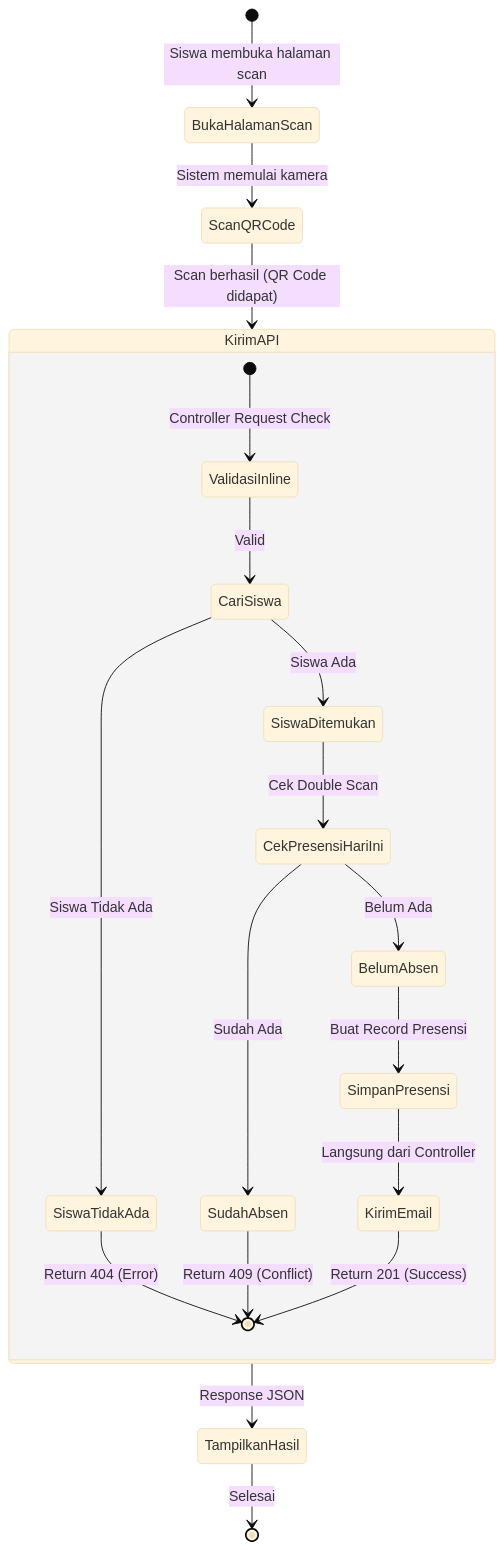
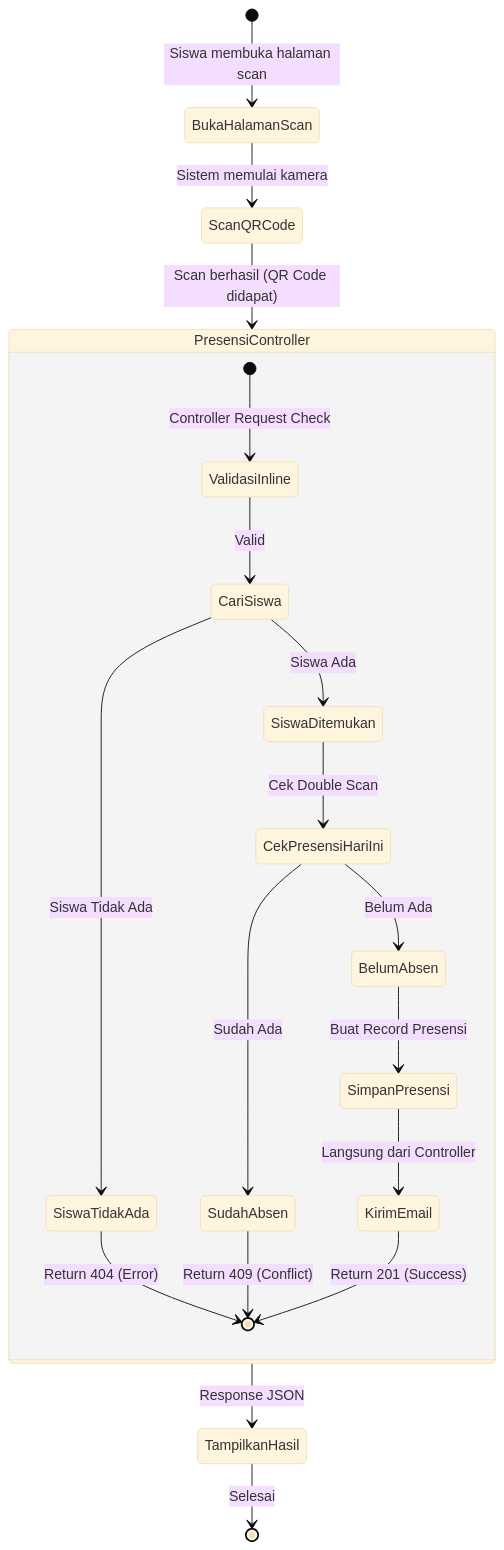
One commit to DimasVSuper/Sistem-Informasi-Presensi-Siswa-Laravel-11 changed the diagram in docs/Jurnal/Diagram/ActivityDiagram.md. Above: the diagram before and after it, drawn with Mermaid (base theme).

Commit message:
docs: add architectural and structural diagrams for the attendance system

````diff
--- a/docs/Jurnal/Diagram/ActivityDiagram.md
+++ b/docs/Jurnal/Diagram/ActivityDiagram.md
@@ -5,29 +5,29 @@
 ```mermaid
 stateDiagram-v2
     [*] --> BukaHalamanScan: Siswa membuka halaman scan
     BukaHalamanScan --> ScanQRCode: Sistem memulai kamera
-    ScanQRCode --> KirimAPI: Scan berhasil (QR Code didapat)
+    ScanQRCode --> PresensiController: Scan berhasil (QR Code didapat)
     
-    state KirimAPI {
+    state PresensiController {
         [*] --> ValidasiInline: Controller Request Check
         ValidasiInline --> CariSiswa: Valid
         
         CariSiswa --> SiswaDitemukan: Siswa Ada
         CariSiswa --> SiswaTidakAda: Siswa Tidak Ada
         
         SiswaTidakAda --> [*]: Return 404 (Error)
         
         SiswaDitemukan --> CekPresensiHariIni: Cek Double Scan
         CekPresensiHariIni --> BelumAbsen: Belum Ada
         CekPresensiHariIni --> SudahAbsen: Sudah Ada
         
         SudahAbsen --> [*]: Return 409 (Conflict)
         
         BelumAbsen --> SimpanPresensi: Buat Record Presensi
         SimpanPresensi --> KirimEmail: Langsung dari Controller
         KirimEmail --> [*]: Return 201 (Success)
     }
 
-    KirimAPI --> TampilkanHasil: Response JSON
+    PresensiController --> TampilkanHasil: Response JSON
     TampilkanHasil --> [*]: Selesai
 ```
````
